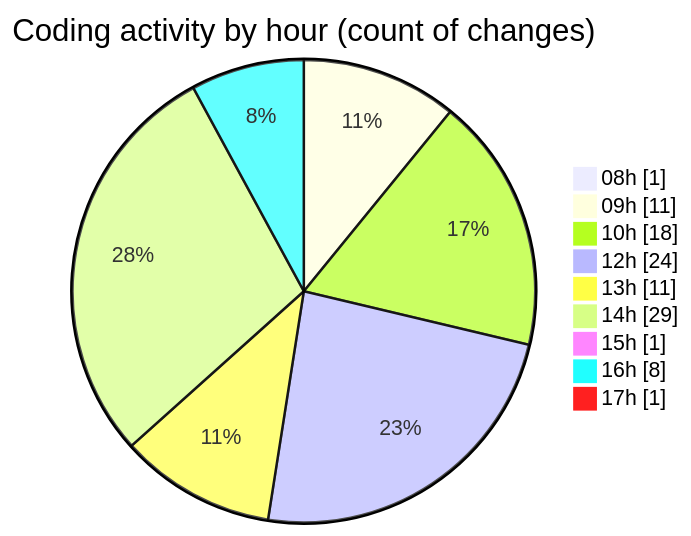
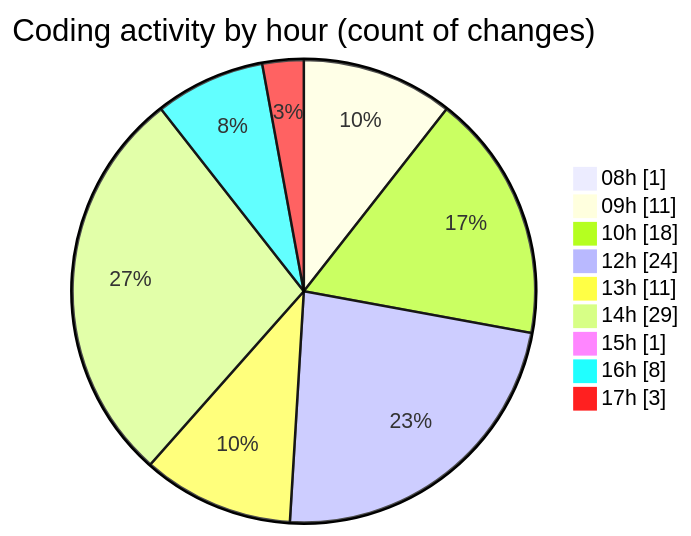
One commit to momahboobian/code-tracking changed the second of 2 diagrams in 2026-04-14/cda/README.md. Above: the diagram before and after it, drawn with Mermaid. The commit also changed other lines of this file and 1 other file, not shown here.

````diff
--- a/2026-04-14/cda/README.md
+++ b/2026-04-14/cda/README.md
@@ -60,13 +61,13 @@
 ```mermaid
 pie showData
 title Coding activity by hour (count of changes)
 "08h" : 1
 "09h" : 11
 "10h" : 18
 "12h" : 24
 "13h" : 11
 "14h" : 29
 "15h" : 1
 "16h" : 8
-"17h" : 1
+"17h" : 3
 ```
````
